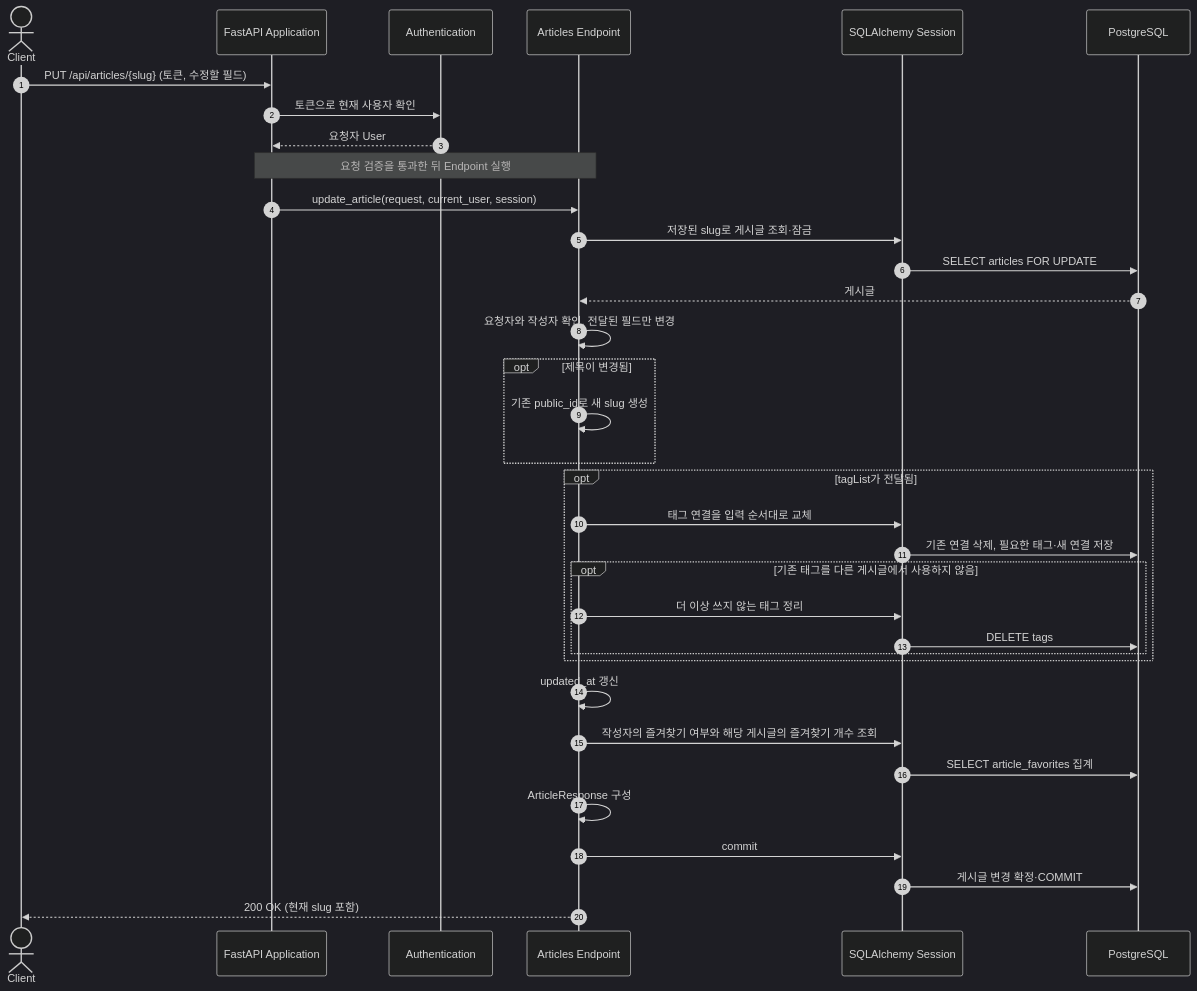
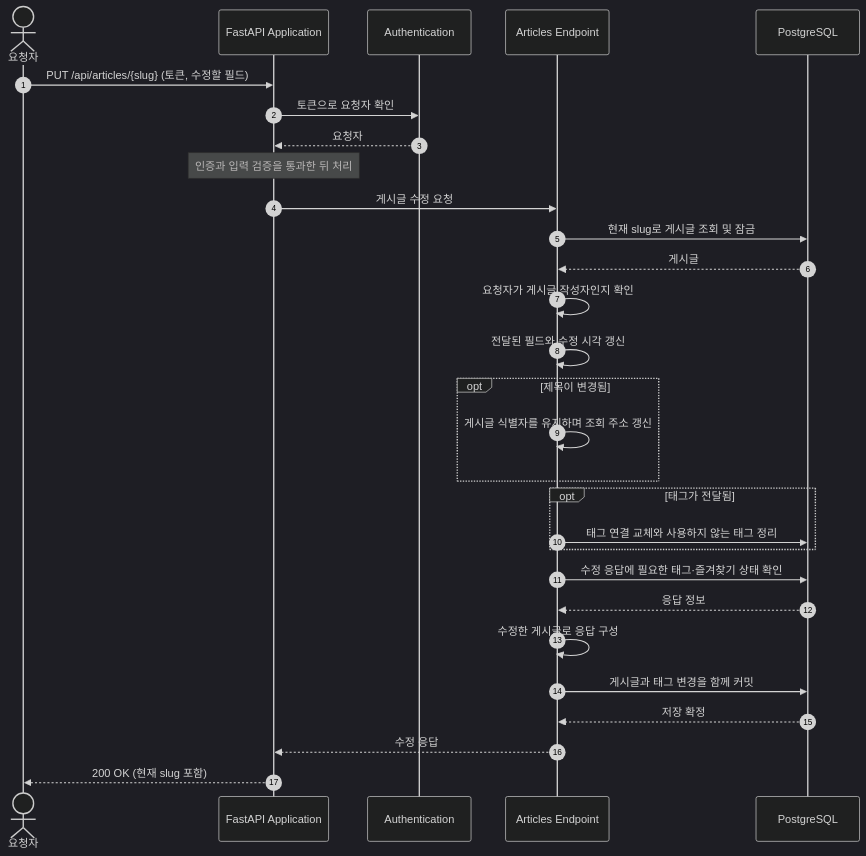
One commit to chahoseong/realworld-fastapi-backend changed the first of 2 diagrams in docs/architecture/flows/article-update-and-deletion.md. Above: the diagram before and after it, drawn with Mermaid (dark theme). The commit also changed other lines of this file and 11 other files, not shown here.

Commit message:
Refactor documentation for user flows: update component responsibilities, runtime views, and scenarios for comment, favorite, follow, public profile, user login, registration, retrieval, and update processes.

````diff
--- a/docs/architecture/flows/article-update-and-deletion.md
+++ b/docs/architecture/flows/article-update-and-deletion.md
@@ -21,38 +25,32 @@
 ```mermaid
 sequenceDiagram
     autonumber
-    actor Client
+    actor Client as 요청자
     participant App as FastAPI Application
     participant Auth as Authentication
     participant Endpoint as Articles Endpoint
-    participant Session as SQLAlchemy Session
     participant DB as PostgreSQL
 
     Client->>App: PUT /api/articles/{slug} (토큰, 수정할 필드)
-    App->>Auth: 토큰으로 현재 사용자 확인
-    Auth-->>App: 요청자 User
-    Note over App,Endpoint: 요청 검증을 통과한 뒤 Endpoint 실행
-    App->>Endpoint: update_article(request, current_user, session)
-    Endpoint->>Session: 저장된 slug로 게시글 조회·잠금
-    Session->>DB: SELECT articles FOR UPDATE
+    App->>Auth: 토큰으로 요청자 확인
+    Auth-->>App: 요청자
+    Note over App: 인증과 입력 검증을 통과한 뒤 처리
+    App->>Endpoint: 게시글 수정 요청
+    Endpoint->>DB: 현재 slug로 게시글 조회 및 잠금
     DB-->>Endpoint: 게시글
-    Endpoint->>Endpoint: 요청자와 작성자 확인, 전달된 필드만 변경
+    Endpoint->>Endpoint: 요청자가 게시글 작성자인지 확인
+    Endpoint->>Endpoint: 전달된 필드와 수정 시각 갱신
     opt 제목이 변경됨
-        Endpoint->>Endpoint: 기존 public_id로 새 slug 생성
+        Endpoint->>Endpoint: 게시글 식별자를 유지하며 조회 주소 갱신
     end
-    opt tagList가 전달됨
-        Endpoint->>Session: 태그 연결을 입력 순서대로 교체
-        Session->>DB: 기존 연결 삭제, 필요한 태그·새 연결 저장
-        opt 기존 태그를 다른 게시글에서 사용하지 않음
-            Endpoint->>Session: 더 이상 쓰지 않는 태그 정리
-            Session->>DB: DELETE tags
-        end
+    opt 태그가 전달됨
+        Endpoint->>DB: 태그 연결 교체와 사용하지 않는 태그 정리
     end
-    Endpoint->>Endpoint: updated_at 갱신
-    Endpoint->>Session: 작성자의 즐겨찾기 여부와 해당 게시글의 즐겨찾기 개수 조회
-    Session->>DB: SELECT article_favorites 집계
-    Endpoint->>Endpoint: ArticleResponse 구성
-    Endpoint->>Session: commit
-    Session->>DB: 게시글 변경 확정·COMMIT
-    Endpoint-->>Client: 200 OK (현재 slug 포함)
+    Endpoint->>DB: 수정 응답에 필요한 태그·즐겨찾기 상태 확인
+    DB-->>Endpoint: 응답 정보
+    Endpoint->>Endpoint: 수정한 게시글로 응답 구성
+    Endpoint->>DB: 게시글과 태그 변경을 함께 커밋
+    DB-->>Endpoint: 저장 확정
+    Endpoint-->>App: 수정 응답
+    App-->>Client: 200 OK (현재 slug 포함)
 ```
````
